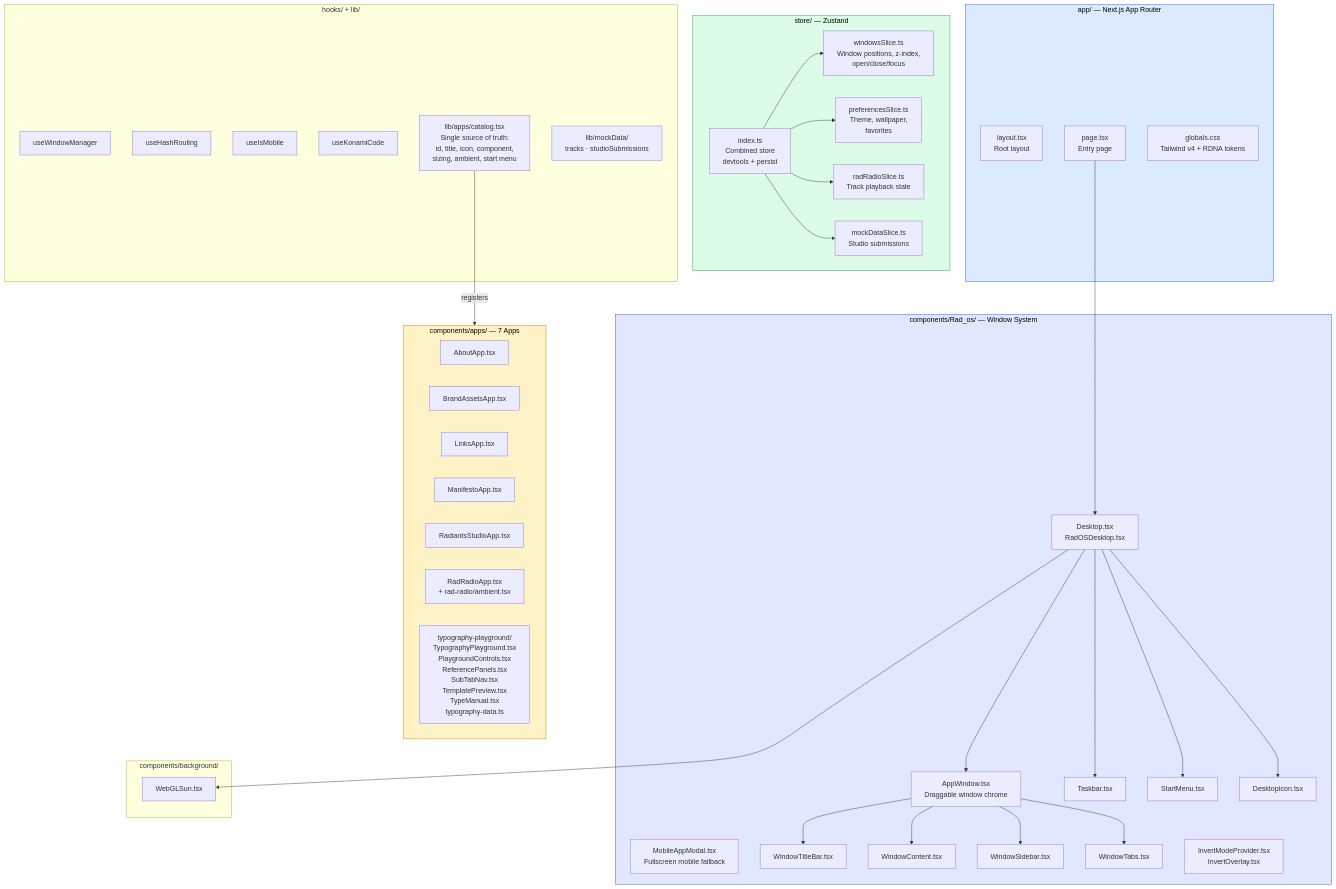
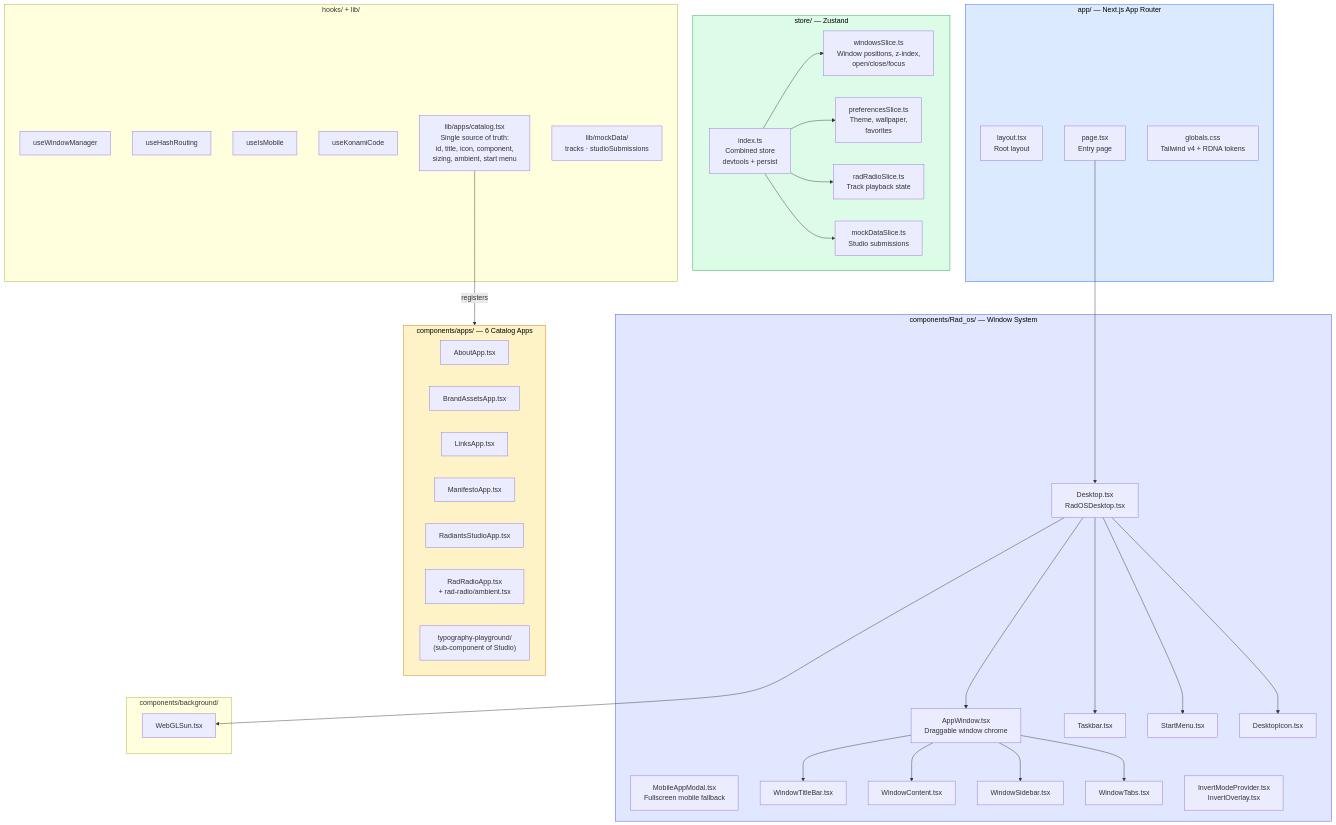
Before and after one commit to Radiants-DAO/DNA: the fourth of 11 diagrams in docs/CODEMAP.md, drawn with Mermaid. The commit also changed other lines of this file and 6 other files, not shown here.

````diff
--- a/docs/CODEMAP.md
+++ b/docs/CODEMAP.md
@@ -203,74 +223,74 @@
 ```mermaid
 graph TB
     subgraph NEXTJS["app/ — Next.js App Router"]
         LAYOUT["layout.tsx<br/>Root layout"]
         PAGE["page.tsx<br/>Entry page"]
         GLOBALS["globals.css<br/>Tailwind v4 + RDNA tokens"]
     end
 
     subgraph WINDOW_SYSTEM["components/Rad_os/ — Window System"]
         DESKTOP["Desktop.tsx<br/>RadOSDesktop.tsx"]
         APPWINDOW["AppWindow.tsx<br/>Draggable window chrome"]
         MOBILE_MODAL["MobileAppModal.tsx<br/>Fullscreen mobile fallback"]
         TITLEBAR["WindowTitleBar.tsx"]
         CONTENT["WindowContent.tsx"]
         SIDEBAR["WindowSidebar.tsx"]
         TABS["WindowTabs.tsx"]
         TASKBAR["Taskbar.tsx"]
         STARTMENU["StartMenu.tsx"]
         DESKICON["DesktopIcon.tsx"]
         INVERT["InvertModeProvider.tsx<br/>InvertOverlay.tsx"]
     end
 
-    subgraph APP_COMPONENTS["components/apps/ — 7 Apps"]
+    subgraph APP_COMPONENTS["components/apps/ — 6 Catalog Apps"]
         ABOUT["AboutApp.tsx"]
         BRAND["BrandAssetsApp.tsx"]
         LINKS["LinksApp.tsx"]
         MANIFESTO["ManifestoApp.tsx"]
         STUDIO["RadiantsStudioApp.tsx"]
         RADIO["RadRadioApp.tsx<br/>+ rad-radio/ambient.tsx"]
-        TYPE_PG["typography-playground/<br/>TypographyPlayground.tsx<br/>PlaygroundControls.tsx<br/>ReferencePanels.tsx<br/>SubTabNav.tsx<br/>TemplatePreview.tsx<br/>TypeManual.tsx<br/>typography-data.ts"]
+        TYPE_PG["typography-playground/<br/>(sub-component of Studio)"]
     end
 
     subgraph STATE["store/ — Zustand"]
         STORE_INDEX["index.ts<br/>Combined store<br/>devtools + persist"]
         WINDOWS_SLICE["windowsSlice.ts<br/>Window positions, z-index,<br/>open/close/focus"]
         PREFS_SLICE["preferencesSlice.ts<br/>Theme, wallpaper,<br/>favorites"]
         RADIO_SLICE["radRadioSlice.ts<br/>Track playback state"]
         MOCK_SLICE["mockDataSlice.ts<br/>Studio submissions"]
     end
 
     subgraph HOOKS_LIB["hooks/ + lib/"]
         USE_WM["useWindowManager"]
         USE_HASH["useHashRouting"]
         USE_MOBILE["useIsMobile"]
         USE_KONAMI["useKonamiCode"]
         APP_CATALOG["lib/apps/catalog.tsx<br/>Single source of truth:<br/>id, title, icon, component,<br/>sizing, ambient, start menu"]
         MOCK_DATA["lib/mockData/<br/>tracks · studioSubmissions"]
     end
 
     subgraph BG["components/background/"]
         WEBGL_SUN["WebGLSun.tsx"]
     end
 
     PAGE --> DESKTOP
     DESKTOP --> APPWINDOW
     DESKTOP --> TASKBAR
     DESKTOP --> STARTMENU
     DESKTOP --> DESKICON
     DESKTOP --> WEBGL_SUN
     APPWINDOW --> TITLEBAR
     APPWINDOW --> CONTENT
     APPWINDOW --> SIDEBAR
     APPWINDOW --> TABS
     APP_CATALOG -->|"registers"| APP_COMPONENTS
     STORE_INDEX --> WINDOWS_SLICE
     STORE_INDEX --> PREFS_SLICE
     STORE_INDEX --> RADIO_SLICE
     STORE_INDEX --> MOCK_SLICE
 
     style NEXTJS fill:#dbeafe,stroke:#2563eb,color:#000
     style WINDOW_SYSTEM fill:#e0e7ff,stroke:#4f46e5,color:#000
     style APP_COMPONENTS fill:#fef3c7,stroke:#d97706,color:#000
     style STATE fill:#dcfce7,stroke:#16a34a,color:#000
 ```
````
